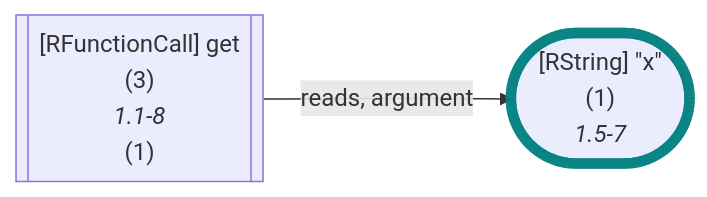
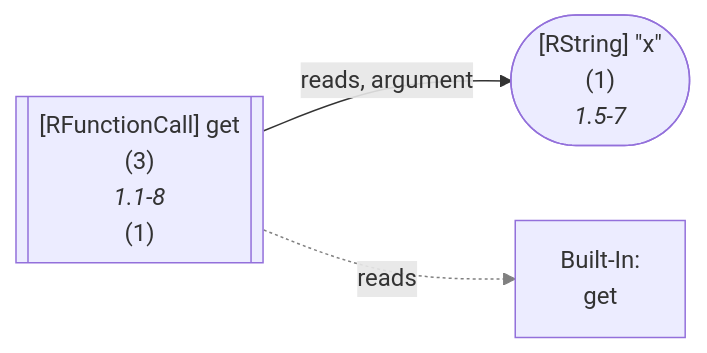
The seventh of 48 diagrams in wiki/Dataflow Graph.md (flowr-analysis/flowr), drawn with Mermaid before and after one commit. The commit also changed other lines of this file and 7 other files, not shown here.

Commit message:
[skip ci] doc: update generated wiki pages (wiki/Capabilities,wiki/Dataflow Graph,wiki/Search API,wiki/Interface,wiki/Control Flow Graph,wiki/Linting and Testing,wiki/Core,README)

````diff
--- a/wiki/Dataflow Graph.md
+++ b/wiki/Dataflow Graph.md
@@ -757,12 +768,15 @@
 ```mermaid
 flowchart LR
     1(["`#91;RString#93; #34;x#34;
       (1)
       *1.5-7*`"])
-    style 1 stroke:teal,stroke-width:7px,stroke-opacity:.8; 
     3[["`#91;RFunctionCall#93; get
       (3)
       *1.1-8*
     (1)`"]]
+    built-in:get["`Built-In:
+get`"]
     3 -->|"reads, argument"| 1
+    3 -.->|"reads"| built-in:get
+    linkStyle 1 stroke:gray;
 ```
````
